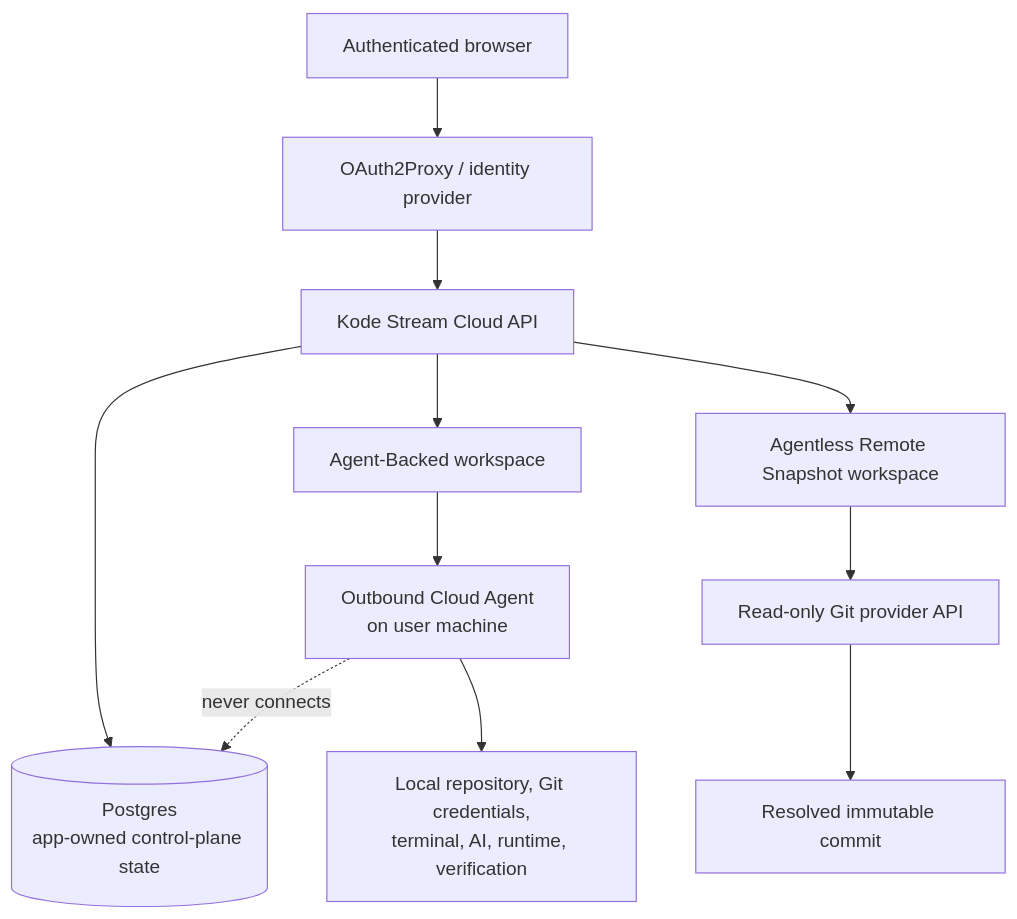
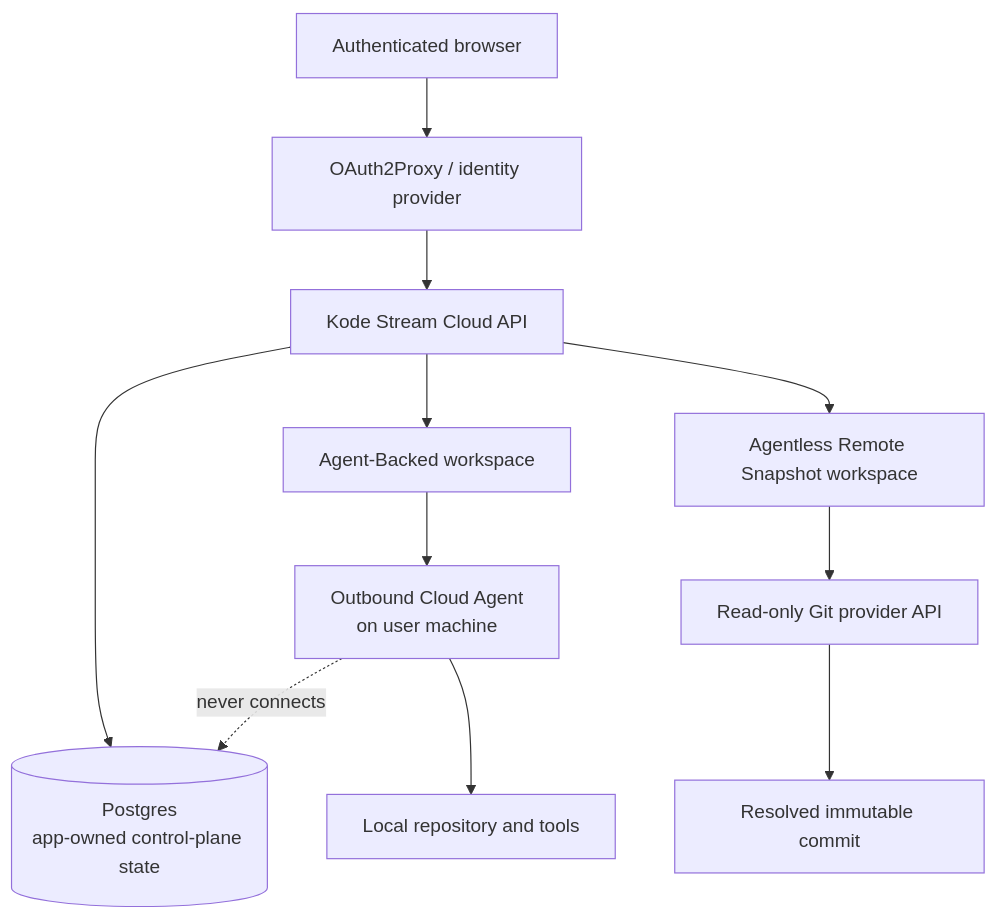
One commit to kriskhoavu/kode-stream changed the diagram in docs/architecture/cloud-mode/README.md. Above: the diagram before and after it, drawn with Mermaid. The commit also changed other lines of this file and 75 other files, not shown here.

````diff
--- a/docs/architecture/cloud-mode/README.md
+++ b/docs/architecture/cloud-mode/README.md
@@ -6,13 +6,13 @@
 ```mermaid
 flowchart TB
   browser[Authenticated browser] --> gateway[OAuth2Proxy / identity provider]
   gateway --> api[Kode Stream Cloud API]
   api --> postgres[(Postgres\napp-owned control-plane state)]
   api --> agentWorkspace[Agent-Backed workspace]
   agentWorkspace --> agent[Outbound Cloud Agent\non user machine]
-  agent --> localRepo[Local repository, Git credentials,\nterminal, AI, runtime, verification]
+  agent --> localRepo[Local repository and tools]
   api --> snapshot[Agentless Remote Snapshot workspace]
   snapshot --> provider[Read-only Git provider API]
   provider --> commit[Resolved immutable commit]
   agent -. never connects .-> postgres
 ```
````
